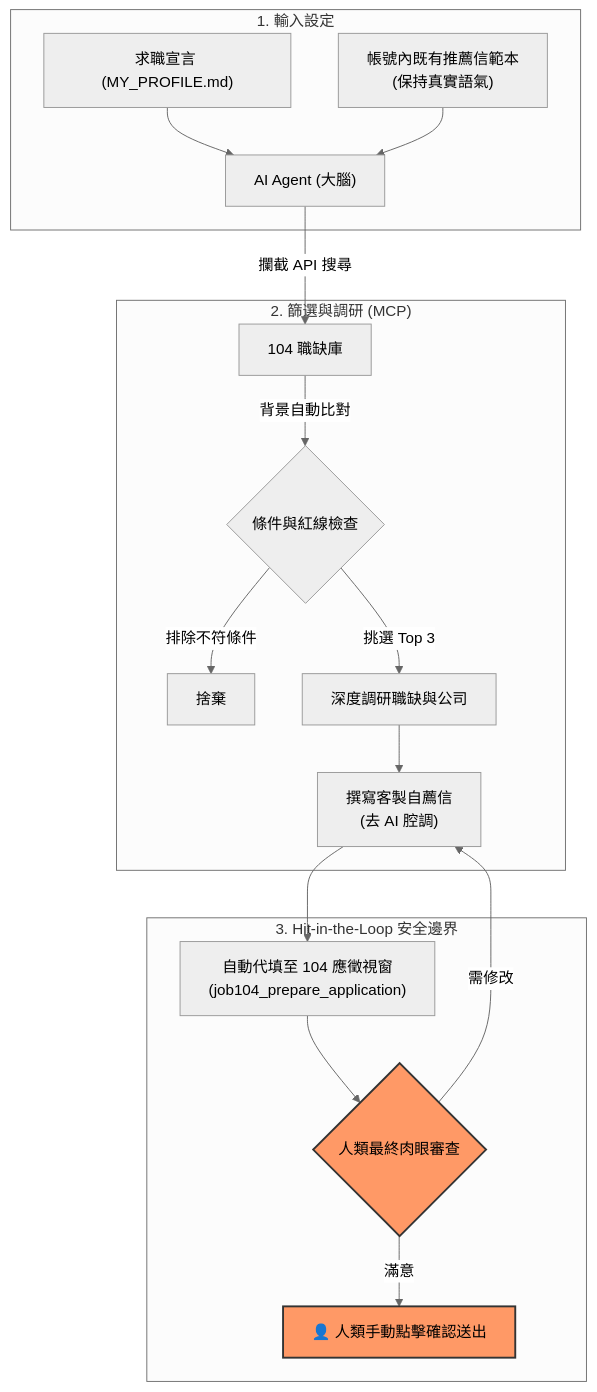
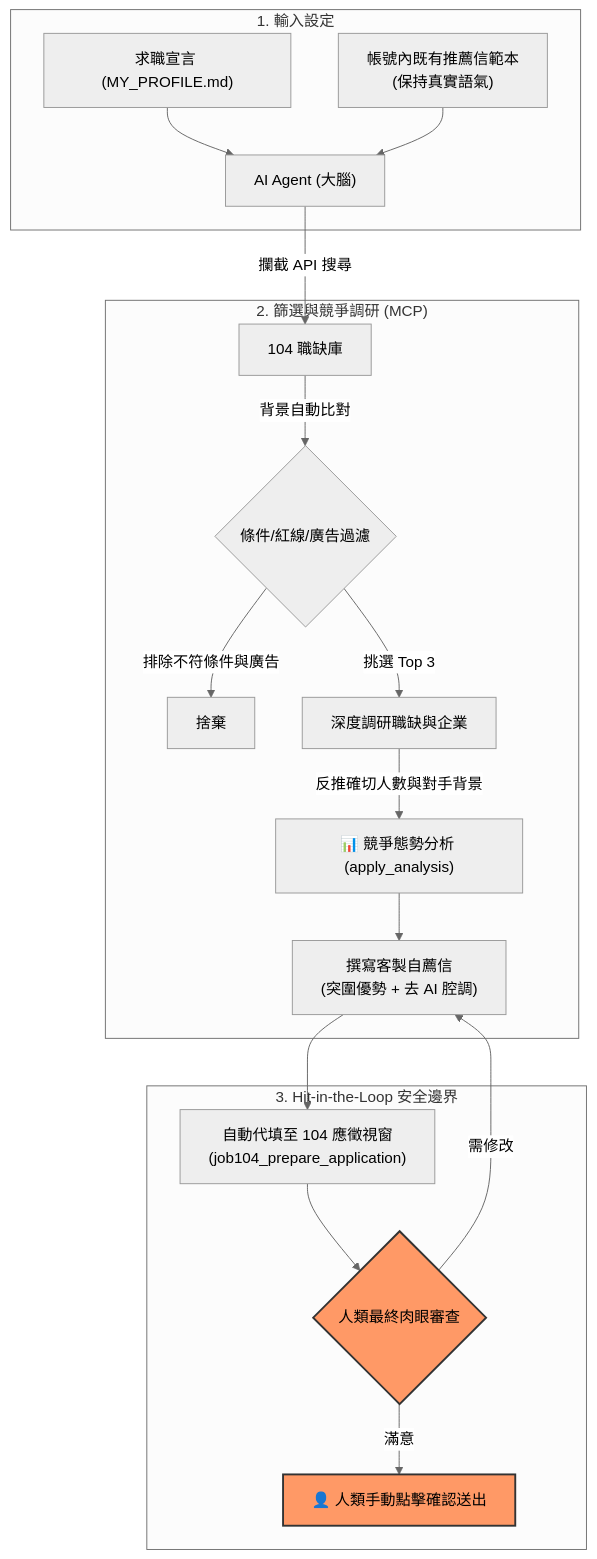
Before and after one commit to YuJunWang/104-job-hunter-mcp: the diagram in README.md, drawn with Mermaid (neutral theme). The commit also changed other lines of this file and 1 other file, not shown here.

````diff
--- a/README.md
+++ b/README.md
@@ -33,25 +34,26 @@
 ```mermaid
 flowchart TD
     subgraph Input["1. 輸入設定"]
         A["求職宣言 (MY_PROFILE.md)"] --> B["AI Agent (大腦)"]
         A2["帳號內既有推薦信範本<br>(保持真實語氣)"] --> B
     end
 
-    subgraph Core["2. 篩選與調研 (MCP)"]
+    subgraph Core["2. 篩選與競爭調研 (MCP)"]
         B -->|攔截 API 搜尋| C["104 職缺庫"]
-        C -->|背景自動比對| D{"條件與紅線檢查"}
-        D -- 排除不符條件 --> X["捨棄"]
-        D -- 挑選 Top 3 --> E["深度調研職缺與公司"]
-        E --> F["撰寫客製自薦信<br>(去 AI 腔調)"]
+        C -->|背景自動比對| D{"條件/紅線/廣告過濾"}
+        D -- 排除不符條件與廣告 --> X["捨棄"]
+        D -- 挑選 Top 3 --> E["深度調研職缺與企業"]
+        E -->|反推確切人數與對手背景| E2["📊 競爭態勢分析 (apply_analysis)"]
+        E2 --> F["撰寫客製自薦信<br>(突圍優勢 + 去 AI 腔調)"]
     end
 
     subgraph HITL["3. Hit-in-the-Loop 安全邊界"]
         F --> G["自動代填至 104 應徵視窗<br>(job104_prepare_application)"]
         G --> H{"人類最終肉眼審查"}
         H -->|滿意| I["👤 人類手動點擊確認送出"]
         H -->|需修改| F
     end
 
     classDef accent fill:#f96,stroke:#333,stroke-width:2px;
     class H,I accent;
 ```
````
